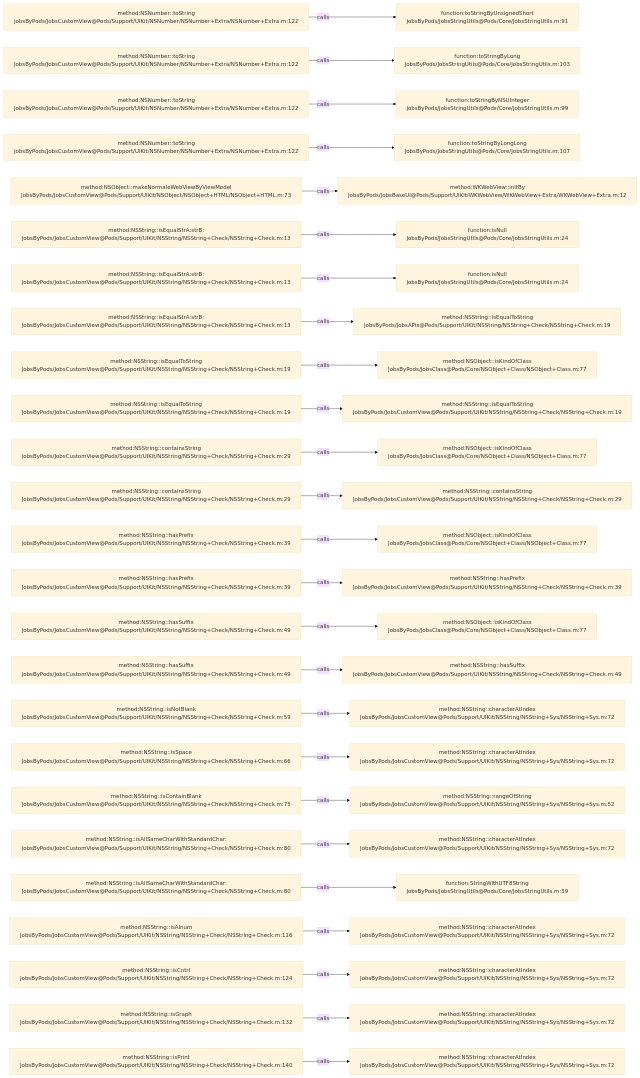
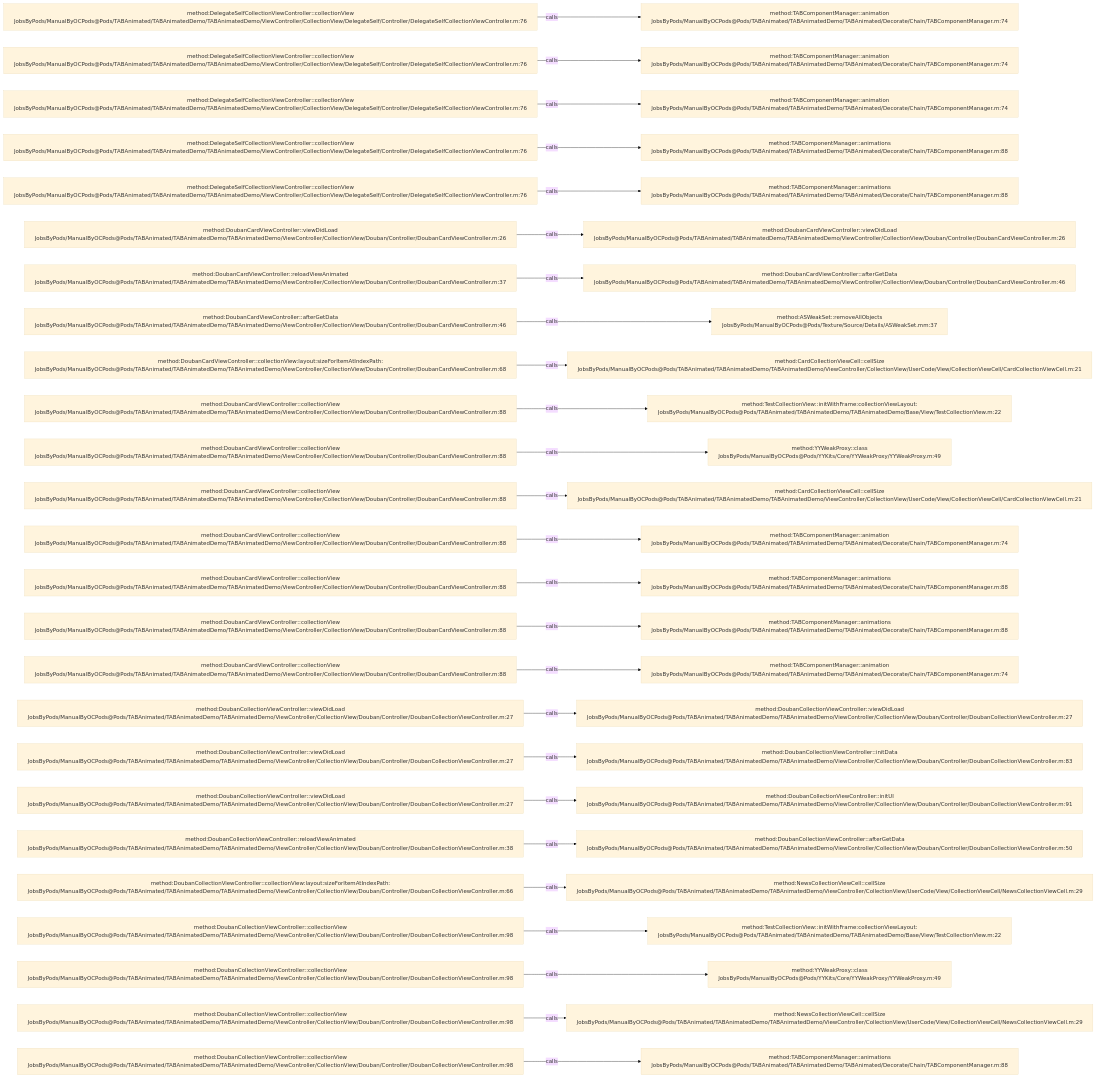
Before and after one commit to JobsKits/JobsOCBaseConfigDemo: the diagram in .codegraph/codegraph.md/graphs/calls-056.md, drawn with Mermaid (base theme). The commit also changed 2162 other files, not shown here.

````diff
--- a/.codegraph/codegraph.md/graphs/calls-056.md
+++ b/.codegraph/codegraph.md/graphs/calls-056.md
@@ -13,78 +13,78 @@
 ```mermaid
 flowchart LR
-  S1["method:NSNumber::toString<br/>JobsByPods/JobsCustomView@Pods/Support/UIKit/NSNumber/NSNumber+Extra/NSNumber+Extra.m:122"]
-  T1["function:toStringByUnsignedShort<br/>JobsByPods/JobsStringUtils@Pods/Core/JobsStringUtils.m:91"]
+  S1["method:DelegateSelfCollectionViewController::collectionView<br/>JobsByPods/ManualByOCPods@Pods/TABAnimated/TABAnimatedDemo/TABAnimatedDemo/ViewController/CollectionView/DelegateSelf/Controller/DelegateSelfCollectionViewController.m:76"]
+  T1["method:TABComponentManager::animation<br/>JobsByPods/ManualByOCPods@Pods/TABAnimated/TABAnimatedDemo/TABAnimated/Decorate/Chain/TABComponentManager.m:74"]
   S1 -->|calls| T1
-  S2["method:NSNumber::toString<br/>JobsByPods/JobsCustomView@Pods/Support/UIKit/NSNumber/NSNumber+Extra/NSNumber+Extra.m:122"]
-  T2["function:toStringByLong<br/>JobsByPods/JobsStringUtils@Pods/Core/JobsStringUtils.m:103"]
+  S2["method:DelegateSelfCollectionViewController::collectionView<br/>JobsByPods/ManualByOCPods@Pods/TABAnimated/TABAnimatedDemo/TABAnimatedDemo/ViewController/CollectionView/DelegateSelf/Controller/DelegateSelfCollectionViewController.m:76"]
+  T2["method:TABComponentManager::animation<br/>JobsByPods/ManualByOCPods@Pods/TABAnimated/TABAnimatedDemo/TABAnimated/Decorate/Chain/TABComponentManager.m:74"]
   S2 -->|calls| T2
-  S3["method:NSNumber::toString<br/>JobsByPods/JobsCustomView@Pods/Support/UIKit/NSNumber/NSNumber+Extra/NSNumber+Extra.m:122"]
-  T3["function:toStringByNSUInteger<br/>JobsByPods/JobsStringUtils@Pods/Core/JobsStringUtils.m:99"]
+  S3["method:DelegateSelfCollectionViewController::collectionView<br/>JobsByPods/ManualByOCPods@Pods/TABAnimated/TABAnimatedDemo/TABAnimatedDemo/ViewController/CollectionView/DelegateSelf/Controller/DelegateSelfCollectionViewController.m:76"]
+  T3["method:TABComponentManager::animation<br/>JobsByPods/ManualByOCPods@Pods/TABAnimated/TABAnimatedDemo/TABAnimated/Decorate/Chain/TABComponentManager.m:74"]
   S3 -->|calls| T3
-  S4["method:NSNumber::toString<br/>JobsByPods/JobsCustomView@Pods/Support/UIKit/NSNumber/NSNumber+Extra/NSNumber+Extra.m:122"]
-  T4["function:toStringByLongLong<br/>JobsByPods/JobsStringUtils@Pods/Core/JobsStringUtils.m:107"]
+  S4["method:DelegateSelfCollectionViewController::collectionView<br/>JobsByPods/ManualByOCPods@Pods/TABAnimated/TABAnimatedDemo/TABAnimatedDemo/ViewController/CollectionView/DelegateSelf/Controller/DelegateSelfCollectionViewController.m:76"]
+  T4["method:TABComponentManager::animations<br/>JobsByPods/ManualByOCPods@Pods/TABAnimated/TABAnimatedDemo/TABAnimated/Decorate/Chain/TABComponentManager.m:88"]
   S4 -->|calls| T4
-  S5["method:NSObject::makeNormaleWebViewByViewModel<br/>JobsByPods/JobsCustomView@Pods/Support/UIKit/NSObject/NSObject+HTML/NSObject+HTML.m:73"]
-  T5["method:WKWebView::initBy<br/>JobsByPods/JobsBaseUI@Pods/Support/UIKit/WKWebView/WKWebView+Extra/WKWebView+Extra.m:12"]
+  S5["method:DelegateSelfCollectionViewController::collectionView<br/>JobsByPods/ManualByOCPods@Pods/TABAnimated/TABAnimatedDemo/TABAnimatedDemo/ViewController/CollectionView/DelegateSelf/Controller/DelegateSelfCollectionViewController.m:76"]
+  T5["method:TABComponentManager::animations<br/>JobsByPods/ManualByOCPods@Pods/TABAnimated/TABAnimatedDemo/TABAnimated/Decorate/Chain/TABComponentManager.m:88"]
   S5 -->|calls| T5
-  S6["method:NSString::isEqualStrA:strB:<br/>JobsByPods/JobsCustomView@Pods/Support/UIKit/NSString/NSString+Check/NSString+Check.m:13"]
-  T6["function:isNull<br/>JobsByPods/JobsStringUtils@Pods/Core/JobsStringUtils.m:24"]
+  S6["method:DoubanCardViewController::viewDidLoad<br/>JobsByPods/ManualByOCPods@Pods/TABAnimated/TABAnimatedDemo/TABAnimatedDemo/ViewController/CollectionView/Douban/Controller/DoubanCardViewController.m:26"]
+  T6["method:DoubanCardViewController::viewDidLoad<br/>JobsByPods/ManualByOCPods@Pods/TABAnimated/TABAnimatedDemo/TABAnimatedDemo/ViewController/CollectionView/Douban/Controller/DoubanCardViewController.m:26"]
   S6 -->|calls| T6
-  S7["method:NSString::isEqualStrA:strB:<br/>JobsByPods/JobsCustomView@Pods/Support/UIKit/NSString/NSString+Check/NSString+Check.m:13"]
-  T7["function:isNull<br/>JobsByPods/JobsStringUtils@Pods/Core/JobsStringUtils.m:24"]
+  S7["method:DoubanCardViewController::reloadViewAnimated<br/>JobsByPods/ManualByOCPods@Pods/TABAnimated/TABAnimatedDemo/TABAnimatedDemo/ViewController/CollectionView/Douban/Controller/DoubanCardViewController.m:37"]
+  T7["method:DoubanCardViewController::afterGetData<br/>JobsByPods/ManualByOCPods@Pods/TABAnimated/TABAnimatedDemo/TABAnimatedDemo/ViewController/CollectionView/Douban/Controller/DoubanCardViewController.m:46"]
   S7 -->|calls| T7
-  S8["method:NSString::isEqualStrA:strB:<br/>JobsByPods/JobsCustomView@Pods/Support/UIKit/NSString/NSString+Check/NSString+Check.m:13"]
-  T8["method:NSString::isEqualToString<br/>JobsByPods/JobsAPIs@Pods/Support/UIKit/NSString/NSString+Check/NSString+Check.m:19"]
+  S8["method:DoubanCardViewController::afterGetData<br/>JobsByPods/ManualByOCPods@Pods/TABAnimated/TABAnimatedDemo/TABAnimatedDemo/ViewController/CollectionView/Douban/Controller/DoubanCardViewController.m:46"]
+  T8["method:ASWeakSet::removeAllObjects<br/>JobsByPods/ManualByOCPods@Pods/Texture/Source/Details/ASWeakSet.mm:37"]
   S8 -->|calls| T8
-  S9["method:NSString::isEqualToString<br/>JobsByPods/JobsCustomView@Pods/Support/UIKit/NSString/NSString+Check/NSString+Check.m:19"]
-  T9["method:NSObject::isKindOfClass<br/>JobsByPods/JobsClass@Pods/Core/NSObject+Class/NSObject+Class.m:77"]
+  S9["method:DoubanCardViewController::collectionView:layout:sizeForItemAtIndexPath:<br/>JobsByPods/ManualByOCPods@Pods/TABAnimated/TABAnimatedDemo/TABAnimatedDemo/ViewController/CollectionView/Douban/Controller/DoubanCardViewController.m:68"]
+  T9["method:CardCollectionViewCell::cellSize<br/>JobsByPods/ManualByOCPods@Pods/TABAnimated/TABAnimatedDemo/TABAnimatedDemo/ViewController/CollectionView/UserCode/View/CollectionViewCell/CardCollectionViewCell.m:21"]
   S9 -->|calls| T9
-  S10["method:NSString::isEqualToString<br/>JobsByPods/JobsCustomView@Pods/Support/UIKit/NSString/NSString+Check/NSString+Check.m:19"]
-  T10["method:NSString::isEqualToString<br/>JobsByPods/JobsCustomView@Pods/Support/UIKit/NSString/NSString+Check/NSString+Check.m:19"]
+  S10["method:DoubanCardViewController::collectionView<br/>JobsByPods/ManualByOCPods@Pods/TABAnimated/TABAnimatedDemo/TABAnimatedDemo/ViewController/CollectionView/Douban/Controller/DoubanCardViewController.m:88"]
+  T10["method:TestCollectionView::initWithFrame:collectionViewLayout:<br/>JobsByPods/ManualByOCPods@Pods/TABAnimated/TABAnimatedDemo/TABAnimatedDemo/Base/View/TestCollectionView.m:22"]
   S10 -->|calls| T10
-  S11["method:NSString::containsString<br/>JobsByPods/JobsCustomView@Pods/Support/UIKit/NSString/NSString+Check/NSString+Check.m:29"]
-  T11["method:NSObject::isKindOfClass<br/>JobsByPods/JobsClass@Pods/Core/NSObject+Class/NSObject+Class.m:77"]
+  S11["method:DoubanCardViewController::collectionView<br/>JobsByPods/ManualByOCPods@Pods/TABAnimated/TABAnimatedDemo/TABAnimatedDemo/ViewController/CollectionView/Douban/Controller/DoubanCardViewController.m:88"]
+  T11["method:YYWeakProxy::class<br/>JobsByPods/ManualByOCPods@Pods/YYKits/Core/YYWeakProxy/YYWeakProxy.m:49"]
   S11 -->|calls| T11
-  S12["method:NSString::containsString<br/>JobsByPods/JobsCustomView@Pods/Support/UIKit/NSString/NSString+Check/NSString+Check.m:29"]
-  T12["method:NSString::containsString<br/>JobsByPods/JobsCustomView@Pods/Support/UIKit/NSString/NSString+Check/NSString+Check.m:29"]
+  S12["method:DoubanCardViewController::collectionView<br/>JobsByPods/ManualByOCPods@Pods/TABAnimated/TABAnimatedDemo/TABAnimatedDemo/ViewController/CollectionView/Douban/Controller/DoubanCardViewController.m:88"]
+  T12["method:CardCollectionViewCell::cellSize<br/>JobsByPods/ManualByOCPods@Pods/TABAnimated/TABAnimatedDemo/TABAnimatedDemo/ViewController/CollectionView/UserCode/View/CollectionViewCell/CardCollectionViewCell.m:21"]
   S12 -->|calls| T12
-  S13["method:NSString::hasPrefix<br/>JobsByPods/JobsCustomView@Pods/Support/UIKit/NSString/NSString+Check/NSString+Check.m:39"]
-  T13["method:NSObject::isKindOfClass<br/>JobsByPods/JobsClass@Pods/Core/NSObject+Class/NSObject+Class.m:77"]
+  S13["method:DoubanCardViewController::collectionView<br/>JobsByPods/ManualByOCPods@Pods/TABAnimated/TABAnimatedDemo/TABAnimatedDemo/ViewController/CollectionView/Douban/Controller/DoubanCardViewController.m:88"]
+  T13["method:TABComponentManager::animation<br/>JobsByPods/ManualByOCPods@Pods/TABAnimated/TABAnimatedDemo/TABAnimated/Decorate/Chain/TABComponentManager.m:74"]
   S13 -->|calls| T13
-  S14["method:NSString::hasPrefix<br/>JobsByPods/JobsCustomView@Pods/Support/UIKit/NSString/NSString+Check/NSString+Check.m:39"]
-  T14["method:NSString::hasPrefix<br/>JobsByPods/JobsCustomView@Pods/Support/UIKit/NSString/NSString+Check/NSString+Check.m:39"]
+  S14["method:DoubanCardViewController::collectionView<br/>JobsByPods/ManualByOCPods@Pods/TABAnimated/TABAnimatedDemo/TABAnimatedDemo/ViewController/CollectionView/Douban/Controller/DoubanCardViewController.m:88"]
+  T14["method:TABComponentManager::animations<br/>JobsByPods/ManualByOCPods@Pods/TABAnimated/TABAnimatedDemo/TABAnimated/Decorate/Chain/TABComponentManager.m:88"]
   S14 -->|calls| T14
-  S15["method:NSString::hasSuffix<br/>JobsByPods/JobsCustomView@Pods/Support/UIKit/NSString/NSString+Check/NSString+Check.m:49"]
-  T15["method:NSObject::isKindOfClass<br/>JobsByPods/JobsClass@Pods/Core/NSObject+Class/NSObject+Class.m:77"]
+  S15["method:DoubanCardViewController::collectionView<br/>JobsByPods/ManualByOCPods@Pods/TABAnimated/TABAnimatedDemo/TABAnimatedDemo/ViewController/CollectionView/Douban/Controller/DoubanCardViewController.m:88"]
+  T15["method:TABComponentManager::animations<br/>JobsByPods/ManualByOCPods@Pods/TABAnimated/TABAnimatedDemo/TABAnimated/Decorate/Chain/TABComponentManager.m:88"]
   S15 -->|calls| T15
-  S16["method:NSString::hasSuffix<br/>JobsByPods/JobsCustomView@Pods/Support/UIKit/NSString/NSString+Check/NSString+Check.m:49"]
-  T16["method:NSString::hasSuffix<br/>JobsByPods/JobsCustomView@Pods/Support/UIKit/NSString/NSString+Check/NSString+Check.m:49"]
+  S16["method:DoubanCardViewController::collectionView<br/>JobsByPods/ManualByOCPods@Pods/TABAnimated/TABAnimatedDemo/TABAnimatedDemo/ViewController/CollectionView/Douban/Controller/DoubanCardViewController.m:88"]
+  T16["method:TABComponentManager::animation<br/>JobsByPods/ManualByOCPods@Pods/TABAnimated/TABAnimatedDemo/TABAnimated/Decorate/Chain/TABComponentManager.m:74"]
   S16 -->|calls| T16
-  S17["method:NSString::isNotBlank<br/>JobsByPods/JobsCustomView@Pods/Support/UIKit/NSString/NSString+Check/NSString+Check.m:59"]
-  T17["method:NSString::characterAtIndex<br/>JobsByPods/JobsCustomView@Pods/Support/UIKit/NSString/NSString+Sys/NSString+Sys.m:72"]
+  S17["method:DoubanCollectionViewController::viewDidLoad<br/>JobsByPods/ManualByOCPods@Pods/TABAnimated/TABAnimatedDemo/TABAnimatedDemo/ViewController/CollectionView/Douban/Controller/DoubanCollectionViewController.m:27"]
+  T17["method:DoubanCollectionViewController::viewDidLoad<br/>JobsByPods/ManualByOCPods@Pods/TABAnimated/TABAnimatedDemo/TABAnimatedDemo/ViewController/CollectionView/Douban/Controller/DoubanCollectionViewController.m:27"]
   S17 -->|calls| T17
-  S18["method:NSString::isSpace<br/>JobsByPods/JobsCustomView@Pods/Support/UIKit/NSString/NSString+Check/NSString+Check.m:66"]
-  T18["method:NSString::characterAtIndex<br/>JobsByPods/JobsCustomView@Pods/Support/UIKit/NSString/NSString+Sys/NSString+Sys.m:72"]
+  S18["method:DoubanCollectionViewController::viewDidLoad<br/>JobsByPods/ManualByOCPods@Pods/TABAnimated/TABAnimatedDemo/TABAnimatedDemo/ViewController/CollectionView/Douban/Controller/DoubanCollectionViewController.m:27"]
+  T18["method:DoubanCollectionViewController::initData<br/>JobsByPods/ManualByOCPods@Pods/TABAnimated/TABAnimatedDemo/TABAnimatedDemo/ViewController/CollectionView/Douban/Controller/DoubanCollectionViewController.m:83"]
   S18 -->|calls| T18
-  S19["method:NSString::isContainBlank<br/>JobsByPods/JobsCustomView@Pods/Support/UIKit/NSString/NSString+Check/NSString+Check.m:75"]
-  T19["method:NSString::rangeOfString<br/>JobsByPods/JobsCustomView@Pods/Support/UIKit/NSString/NSString+Sys/NSString+Sys.m:52"]
+  S19["method:DoubanCollectionViewController::viewDidLoad<br/>JobsByPods/ManualByOCPods@Pods/TABAnimated/TABAnimatedDemo/TABAnimatedDemo/ViewController/CollectionView/Douban/Controller/DoubanCollectionViewController.m:27"]
+  T19["method:DoubanCollectionViewController::initUI<br/>JobsByPods/ManualByOCPods@Pods/TABAnimated/TABAnimatedDemo/TABAnimatedDemo/ViewController/CollectionView/Douban/Controller/DoubanCollectionViewController.m:91"]
   S19 -->|calls| T19
-  S20["method:NSString::isAllSameCharWithStandardChar:<br/>JobsByPods/JobsCustomView@Pods/Support/UIKit/NSString/NSString+Check/NSString+Check.m:80"]
-  T20["method:NSString::characterAtIndex<br/>JobsByPods/JobsCustomView@Pods/Support/UIKit/NSString/NSString+Sys/NSString+Sys.m:72"]
+  S20["method:DoubanCollectionViewController::reloadViewAnimated<br/>JobsByPods/ManualByOCPods@Pods/TABAnimated/TABAnimatedDemo/TABAnimatedDemo/ViewController/CollectionView/Douban/Controller/DoubanCollectionViewController.m:38"]
+  T20["method:DoubanCollectionViewController::afterGetData<br/>JobsByPods/ManualByOCPods@Pods/TABAnimated/TABAnimatedDemo/TABAnimatedDemo/ViewController/CollectionView/Douban/Controller/DoubanCollectionViewController.m:50"]
   S20 -->|calls| T20
-  S21["method:NSString::isAllSameCharWithStandardChar:<br/>JobsByPods/JobsCustomView@Pods/Support/UIKit/NSString/NSString+Check/NSString+Check.m:80"]
-  T21["function:StringWithUTF8String<br/>JobsByPods/JobsStringUtils@Pods/Core/JobsStringUtils.m:59"]
+  S21["method:DoubanCollectionViewController::collectionView:layout:sizeForItemAtIndexPath:<br/>JobsByPods/ManualByOCPods@Pods/TABAnimated/TABAnimatedDemo/TABAnimatedDemo/ViewController/CollectionView/Douban/Controller/DoubanCollectionViewController.m:66"]
+  T21["method:NewsCollectionViewCell::cellSize<br/>JobsByPods/ManualByOCPods@Pods/TABAnimated/TABAnimatedDemo/TABAnimatedDemo/ViewController/CollectionView/UserCode/View/CollectionViewCell/NewsCollectionViewCell.m:29"]
   S21 -->|calls| T21
-  S22["method:NSString::isAlnum<br/>JobsByPods/JobsCustomView@Pods/Support/UIKit/NSString/NSString+Check/NSString+Check.m:116"]
-  T22["method:NSString::characterAtIndex<br/>JobsByPods/JobsCustomView@Pods/Support/UIKit/NSString/NSString+Sys/NSString+Sys.m:72"]
+  S22["method:DoubanCollectionViewController::collectionView<br/>JobsByPods/ManualByOCPods@Pods/TABAnimated/TABAnimatedDemo/TABAnimatedDemo/ViewController/CollectionView/Douban/Controller/DoubanCollectionViewController.m:98"]
+  T22["method:TestCollectionView::initWithFrame:collectionViewLayout:<br/>JobsByPods/ManualByOCPods@Pods/TABAnimated/TABAnimatedDemo/TABAnimatedDemo/Base/View/TestCollectionView.m:22"]
   S22 -->|calls| T22
-  S23["method:NSString::isCntrl<br/>JobsByPods/JobsCustomView@Pods/Support/UIKit/NSString/NSString+Check/NSString+Check.m:124"]
-  T23["method:NSString::characterAtIndex<br/>JobsByPods/JobsCustomView@Pods/Support/UIKit/NSString/NSString+Sys/NSString+Sys.m:72"]
+  S23["method:DoubanCollectionViewController::collectionView<br/>JobsByPods/ManualByOCPods@Pods/TABAnimated/TABAnimatedDemo/TABAnimatedDemo/ViewController/CollectionView/Douban/Controller/DoubanCollectionViewController.m:98"]
+  T23["method:YYWeakProxy::class<br/>JobsByPods/ManualByOCPods@Pods/YYKits/Core/YYWeakProxy/YYWeakProxy.m:49"]
   S23 -->|calls| T23
-  S24["method:NSString::isGraph<br/>JobsByPods/JobsCustomView@Pods/Support/UIKit/NSString/NSString+Check/NSString+Check.m:132"]
-  T24["method:NSString::characterAtIndex<br/>JobsByPods/JobsCustomView@Pods/Support/UIKit/NSString/NSString+Sys/NSString+Sys.m:72"]
+  S24["method:DoubanCollectionViewController::collectionView<br/>JobsByPods/ManualByOCPods@Pods/TABAnimated/TABAnimatedDemo/TABAnimatedDemo/ViewController/CollectionView/Douban/Controller/DoubanCollectionViewController.m:98"]
+  T24["method:NewsCollectionViewCell::cellSize<br/>JobsByPods/ManualByOCPods@Pods/TABAnimated/TABAnimatedDemo/TABAnimatedDemo/ViewController/CollectionView/UserCode/View/CollectionViewCell/NewsCollectionViewCell.m:29"]
   S24 -->|calls| T24
-  S25["method:NSString::isPrint<br/>JobsByPods/JobsCustomView@Pods/Support/UIKit/NSString/NSString+Check/NSString+Check.m:140"]
-  T25["method:NSString::characterAtIndex<br/>JobsByPods/JobsCustomView@Pods/Support/UIKit/NSString/NSString+Sys/NSString+Sys.m:72"]
+  S25["method:DoubanCollectionViewController::collectionView<br/>JobsByPods/ManualByOCPods@Pods/TABAnimated/TABAnimatedDemo/TABAnimatedDemo/ViewController/CollectionView/Douban/Controller/DoubanCollectionViewController.m:98"]
+  T25["method:TABComponentManager::animations<br/>JobsByPods/ManualByOCPods@Pods/TABAnimated/TABAnimatedDemo/TABAnimated/Decorate/Chain/TABComponentManager.m:88"]
   S25 -->|calls| T25
 ```
````
